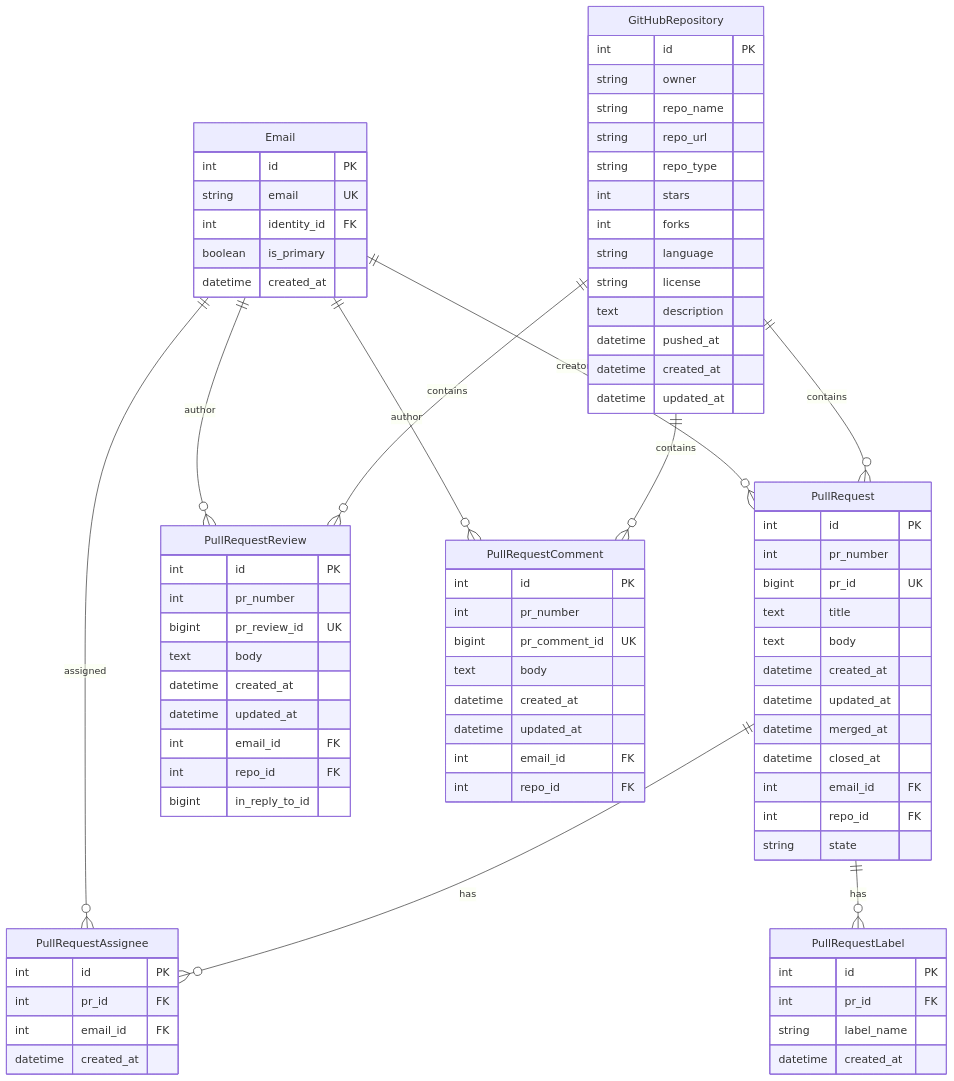
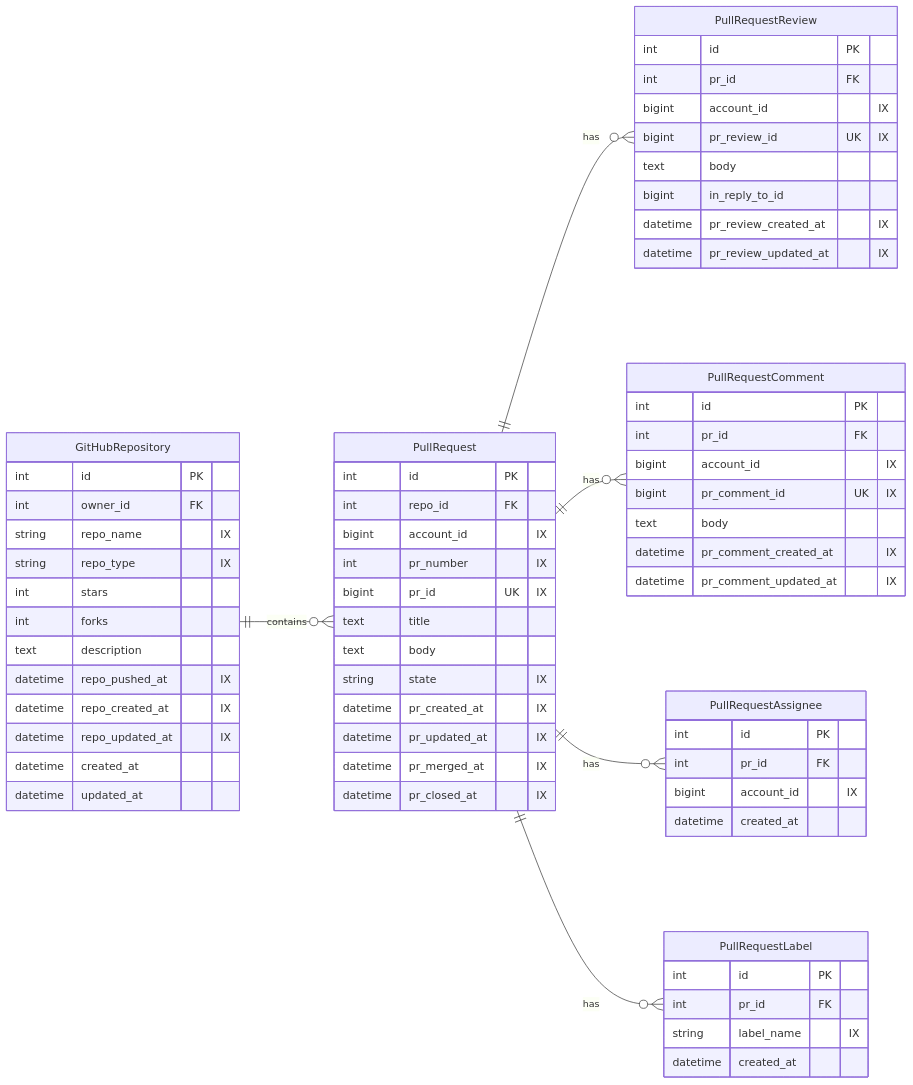
Before and after one commit to CppDigest/cppa-unified-dashboard: the fourth of 11 diagrams in UnifiedDashboard/GoogleCloudSQLSchema/google_cloud_sql_schema.md, drawn with Mermaid. The commit also changed other lines of this file, not shown here.

Commit message:
#148 - Update the schema according to review feedback

````diff
--- a/UnifiedDashboard/GoogleCloudSQLSchema/google_cloud_sql_schema.md
+++ b/UnifiedDashboard/GoogleCloudSQLSchema/google_cloud_sql_schema.md
@@ -176,89 +276,74 @@
 ```mermaid
 erDiagram
-    Email ||--o{ PullRequest : "creator"
-    Email ||--o{ PullRequestReview : "author"
-    Email ||--o{ PullRequestComment : "author"
-    Email ||--o{ PullRequestAssignee : "assigned"
-
+    direction LR
     GitHubRepository ||--o{ PullRequest : "contains"
-    GitHubRepository ||--o{ PullRequestReview : "contains"
-    GitHubRepository ||--o{ PullRequestComment : "contains"
+    PullRequest ||--o{ PullRequestReview : "has"
+    PullRequest ||--o{ PullRequestComment : "has"
     PullRequest ||--o{ PullRequestAssignee : "has"
     PullRequest ||--o{ PullRequestLabel : "has"
 
-    Email {
-        int id PK
-        string email UK
-        int identity_id FK
-        boolean is_primary
-        datetime created_at
-    }
-
     GitHubRepository {
         int id PK
-        string owner
-        string repo_name
-        string repo_url
-        string repo_type
+        int owner_id FK
+        string repo_name "IX"
+        string repo_type "IX"
         int stars
         int forks
-        string language
-        string license
         text description
-        datetime pushed_at
+        datetime repo_pushed_at "IX"
+        datetime repo_created_at "IX"
+        datetime repo_updated_at "IX"
         datetime created_at
         datetime updated_at
     }
 
     PullRequest {
         int id PK
-        int pr_number
-        bigint pr_id UK
+        int repo_id FK
+        bigint account_id "IX"
+        int pr_number "IX"
+        bigint pr_id UK "IX"
         text title
         text body
-        datetime created_at
-        datetime updated_at
-        datetime merged_at
-        datetime closed_at
-        int email_id FK
-        int repo_id FK
-        string state
+        string state "IX"
+        datetime pr_created_at "IX"
+        datetime pr_updated_at "IX"
+        datetime pr_merged_at "IX"
+        datetime pr_closed_at "IX"
     }
 
     PullRequestReview {
         int id PK
-        int pr_number
-        bigint pr_review_id UK
+        int pr_id FK
+        bigint account_id "IX"
+        bigint pr_review_id UK "IX"
         text body
-        datetime created_at
-        datetime updated_at
-        int email_id FK
-        int repo_id FK
         bigint in_reply_to_id
+        datetime pr_review_created_at "IX"
+        datetime pr_review_updated_at "IX"
     }
 
     PullRequestComment {
         int id PK
-        int pr_number
-        bigint pr_comment_id UK
+        int pr_id FK
+        bigint account_id "IX"
+        bigint pr_comment_id UK "IX"
         text body
-        datetime created_at
-        datetime updated_at
-        int email_id FK
-        int repo_id FK
+        datetime pr_comment_created_at "IX"
+        datetime pr_comment_updated_at "IX"
     }
 
     PullRequestAssignee {
         int id PK
         int pr_id FK
-        int email_id FK
+        bigint account_id "IX"
         datetime created_at
     }
 
     PullRequestLabel {
         int id PK
         int pr_id FK
-        string label_name
+        string label_name "IX"
         datetime created_at
     }
 ```
````
